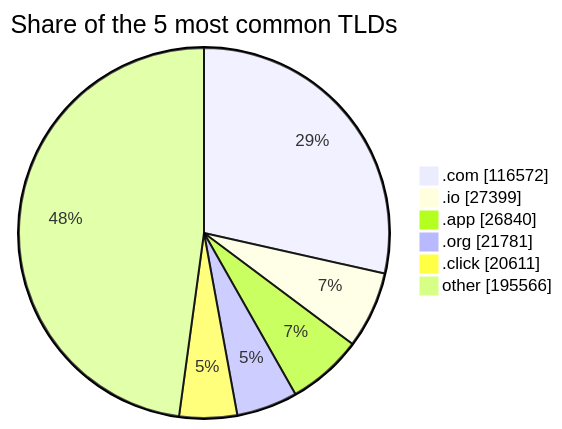
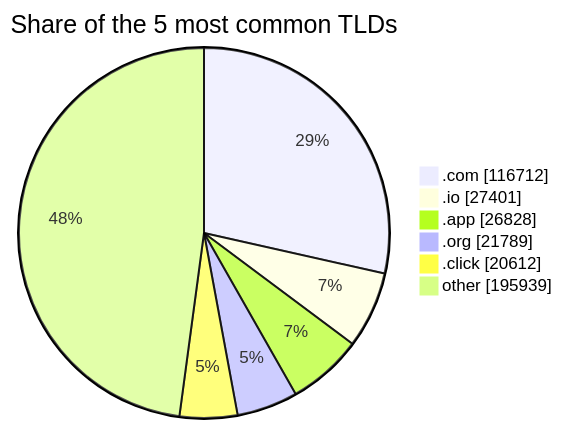
One commit to DNSBunker/CTI changed the third of 3 diagrams in README.md. Above: the diagram before and after it, drawn with Mermaid. The commit also changed other lines of this file and 3 other files, not shown here.

````diff
--- a/README.md
+++ b/README.md
@@ -81,9 +81,9 @@
 ```mermaid
 pie showData title Share of the 5 most common TLDs
-    ".com" : 116572
-    ".io" : 27399
-    ".app" : 26840
-    ".org" : 21781
-    ".click" : 20611
-    "other" : 195566
+    ".com" : 116712
+    ".io" : 27401
+    ".app" : 26828
+    ".org" : 21789
+    ".click" : 20612
+    "other" : 195939
 ```
````
